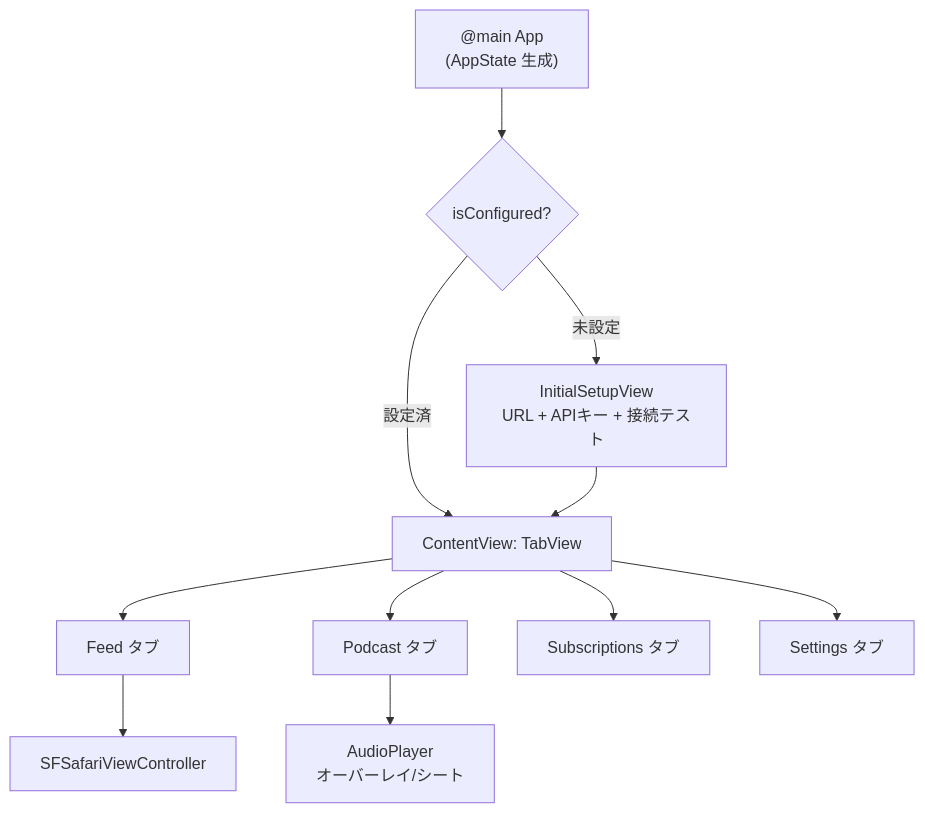
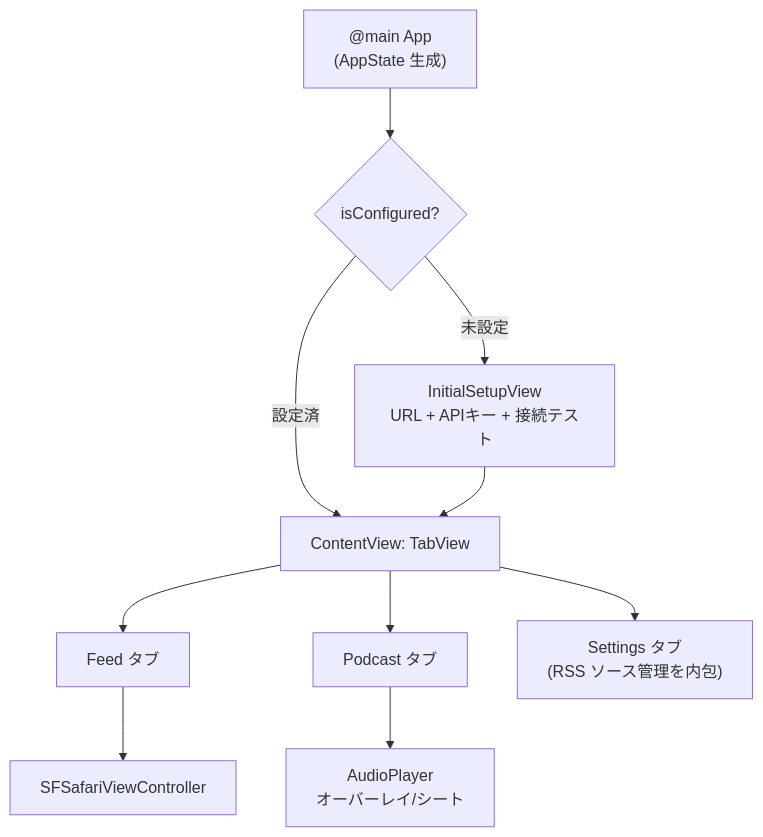
Before and after one commit to examinare000/news-listen-docs: the first of 3 diagrams in design/2026-06-14-ios-app-design.md, drawn with Mermaid. The commit also changed other lines of this file, not shown here.

````diff
--- a/design/2026-06-14-ios-app-design.md
+++ b/design/2026-06-14-ios-app-design.md
@@ -28,13 +29,12 @@
 ```mermaid
 flowchart TD
     App["@main App\n(AppState 生成)"] --> Gate{isConfigured?}
     Gate -- 未設定 --> Setup[InitialSetupView\nURL + APIキー + 接続テスト]
     Gate -- 設定済 --> Tabs[ContentView: TabView]
     Setup --> Tabs
     Tabs --> Feed[Feed タブ]
     Tabs --> Podcast[Podcast タブ]
-    Tabs --> Subs[Subscriptions タブ]
-    Tabs --> Settings[Settings タブ]
+    Tabs --> Settings["Settings タブ\n(RSS ソース管理を内包)"]
     Feed --> Safari[SFSafariViewController]
     Podcast --> Player[AudioPlayer\nオーバーレイ/シート]
 ```
````
